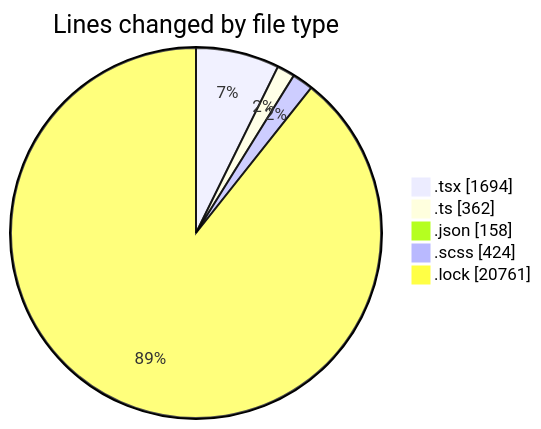
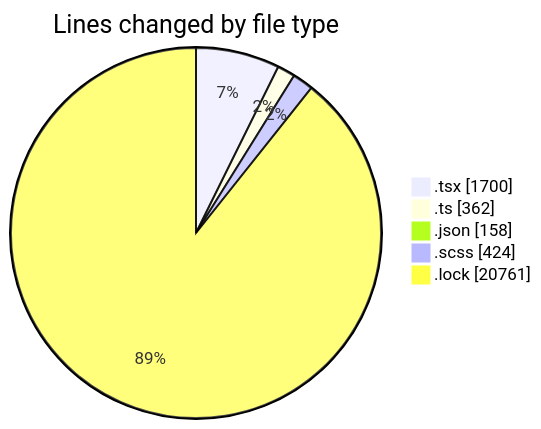
Before and after one commit to momahboobian/code-tracking: the first of 2 diagrams in 2025-04-29/cda/README.md, drawn with Mermaid. The commit also changed other lines of this file and 1 other file, not shown here.

````diff
--- a/2025-04-29/cda/README.md
+++ b/2025-04-29/cda/README.md
@@ -42,9 +42,9 @@
 ```mermaid
 pie showData
 title Lines changed by file type
-".tsx" : 1694
+".tsx" : 1700
 ".ts" : 362
 ".json" : 158
 ".scss" : 424
 ".lock" : 20761
 ```
````
